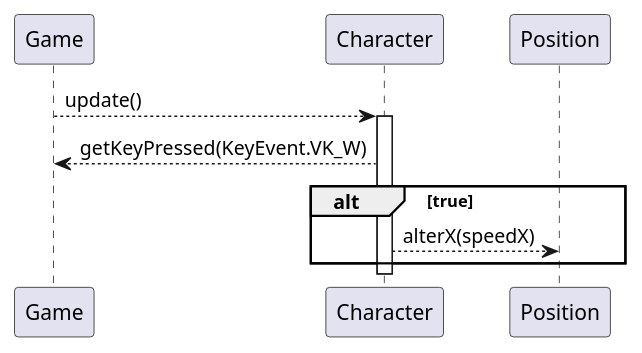
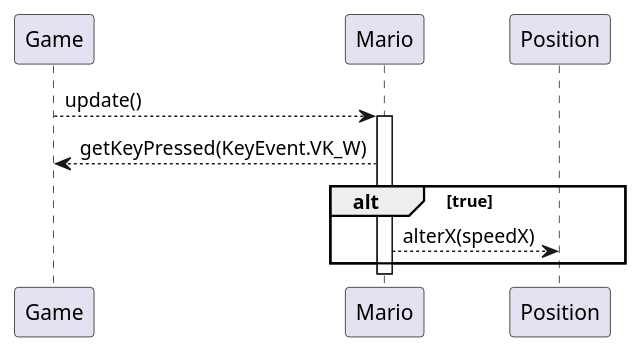
Before and after one commit to giuli635/SuperMarioBros: the diagram in Diagramas/diagramas/diagrama-secuencia-mover-derecha.puml, drawn with PlantUML. The commit also changed 21 other files, not shown here.

```diff
--- a/Diagramas/diagramas/diagrama-secuencia-mover-derecha.puml
+++ b/Diagramas/diagramas/diagrama-secuencia-mover-derecha.puml
@@ -1,9 +1,9 @@
 @startuml
-Game --> Character : update() 
-activate Character
-Character --> Game : getKeyPressed(KeyEvent.VK_W)
+Game --> Mario : update() 
+activate Mario
+Mario --> Game : getKeyPressed(KeyEvent.VK_W)
 alt true
-    Character --> Position : alterX(speedX)
+    Mario --> Position : alterX(speedX)
 end
-deactivate Character
+deactivate Mario
 @enduml
```
